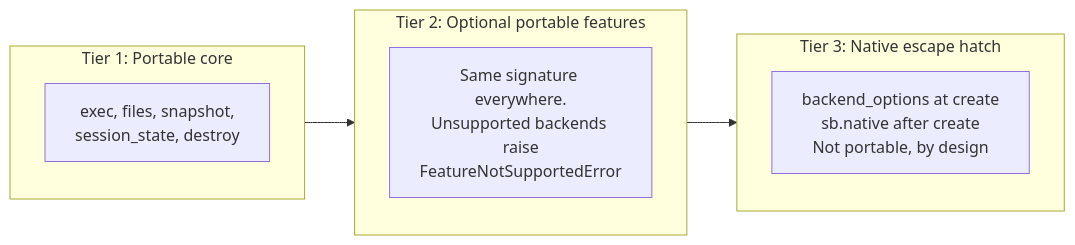
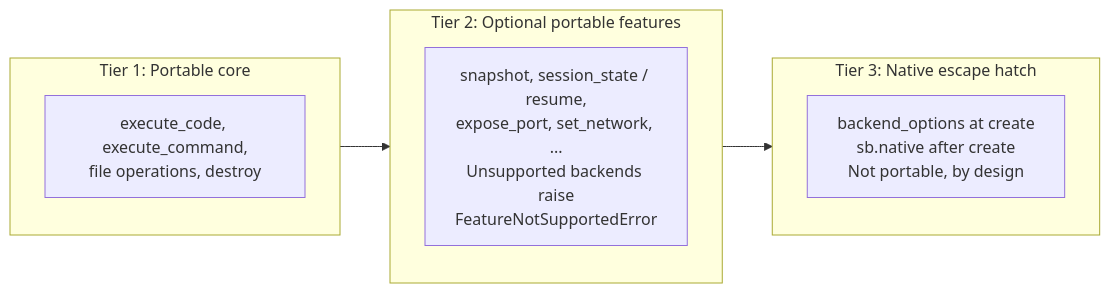
The second of 5 diagrams in docs/design/provider-coverage.md (bespokelabsai/sandbox-router), drawn with Mermaid before and after one commit. The commit also changed other lines of this file and 17 other files, not shown here.

````diff
--- a/docs/design/provider-coverage.md
+++ b/docs/design/provider-coverage.md
@@ -102,13 +102,13 @@
 ```mermaid
 flowchart LR
     subgraph T1["Tier 1: Portable core"]
-        C1["exec, files, snapshot,<br/>session_state, destroy"]
+        C1["execute_code, execute_command,<br/>file operations, destroy"]
     end
     subgraph T2["Tier 2: Optional portable features"]
-        C2["Same signature everywhere.<br/>Unsupported backends raise<br/>FeatureNotSupportedError"]
+        C2["snapshot, session_state / resume,<br/>expose_port, set_network, ...<br/>Unsupported backends raise<br/>FeatureNotSupportedError"]
     end
     subgraph T3["Tier 3: Native escape hatch"]
         C3["backend_options at create<br/>sb.native after create<br/>Not portable, by design"]
     end
     T1 --> T2 --> T3
 ```
````
